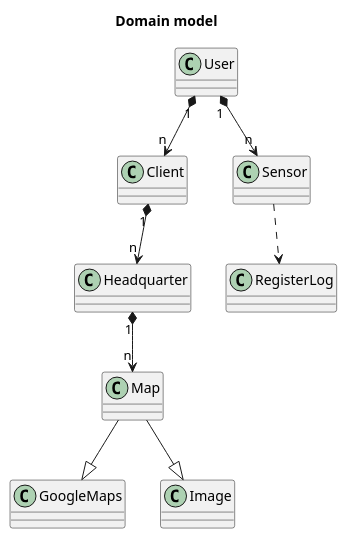
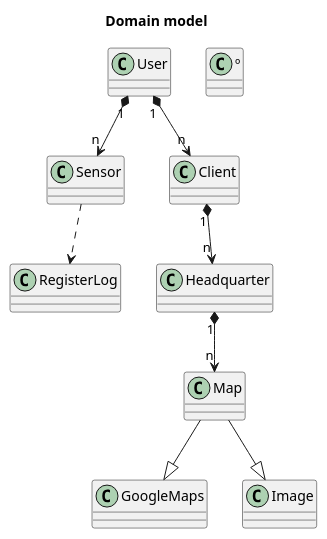
The diagram in docs/src/domainModel/domainModel.puml (jumpering/pestmonitors), drawn with PlantUML before and after one commit. The commit also changed 3 other files, not shown here.

```diff
--- a/docs/src/domainModel/domainModel.puml
+++ b/docs/src/domainModel/domainModel.puml
@@ -1,20 +1,20 @@
 @startuml
 title Domain model
 class User
-class Client
+class º
 class Headquarter
 class Map
 class GoogleMaps
 class Image
 class Sensor
 class RegisterLog
 
 User "1" *--> "n" Sensor
 User "1" *--> "n" Client
 Client "1" *--> "n" Headquarter
 Headquarter "1" *--> "n" Map
 Map -down-|> GoogleMaps
 Map -down-|> Image
 
 Sensor ..> RegisterLog
 @enduml
```
